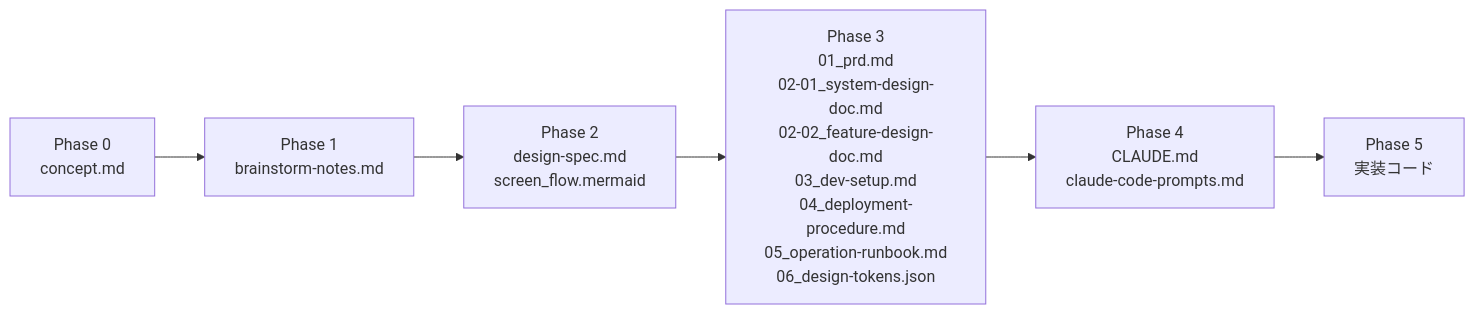
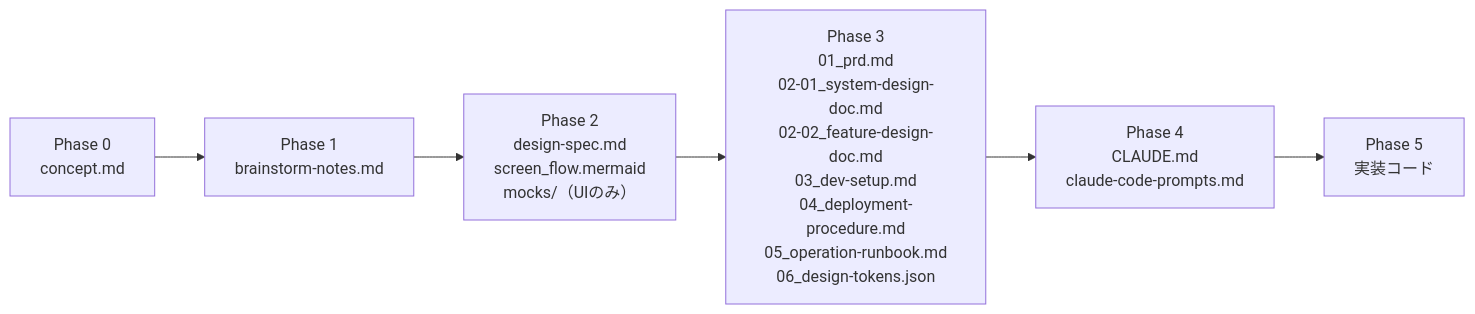
Before and after one commit to dwnfrc/DWNFRC-DRAFT: the fourth of 5 diagrams in README.md, drawn with Mermaid. The commit also changed other lines of this file and 17 other files, not shown here.

````diff
--- a/README.md
+++ b/README.md
@@ -624,8 +639,8 @@
 ```mermaid
 flowchart LR
   A["Phase 0<br/>concept.md"] --> B["Phase 1<br/>brainstorm-notes.md"]
-  B --> C["Phase 2<br/>design-spec.md<br/>screen_flow.mermaid"]
+  B --> C["Phase 2<br/>design-spec.md<br/>screen_flow.mermaid<br/>mocks/（UIのみ）"]
   C --> D["Phase 3<br/>01_prd.md<br/>02-01_system-design-doc.md<br/>02-02_feature-design-doc.md<br/>03_dev-setup.md<br/>04_deployment-procedure.md<br/>05_operation-runbook.md<br/>06_design-tokens.json"]
   D --> E["Phase 4<br/>CLAUDE.md<br/>claude-code-prompts.md"]
   E --> F["Phase 5<br/>実装コード"]
 ```
````
